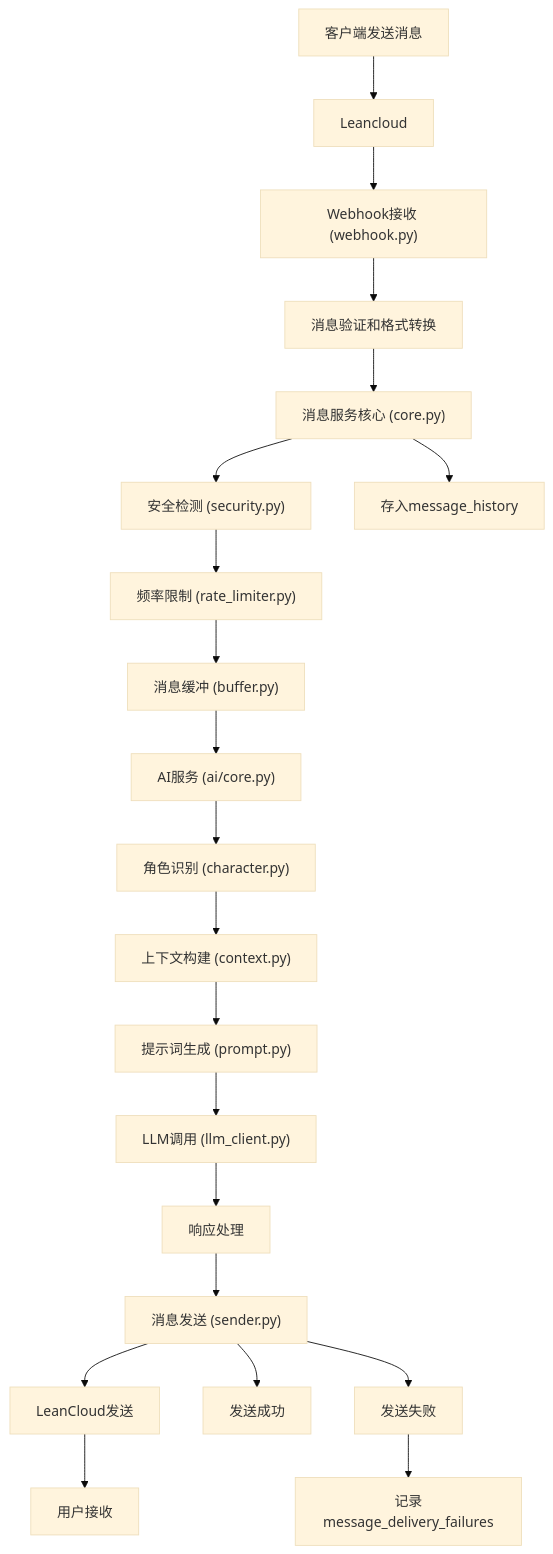
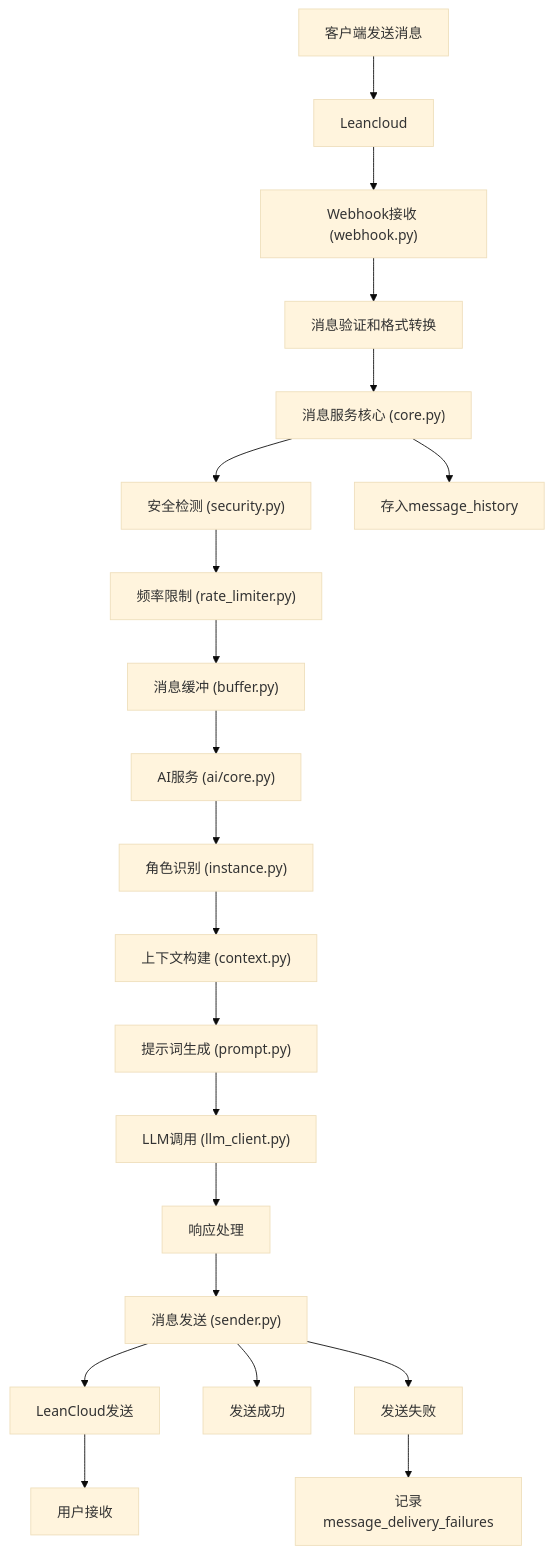
Before and after one commit to Monopink/ailo: the diagram in docs/prototype/message-flow.md, drawn with Mermaid (base theme). The commit also changed other lines of this file and 136 other files, not shown here.

First line of the commit message:
Rename AI character to AI instance

````diff
--- a/docs/prototype/message-flow.md
+++ b/docs/prototype/message-flow.md
@@ -71,23 +71,23 @@
 ```mermaid
 flowchart TB
     n1["客户端发送消息"] --> n2["Leancloud"]
     n2 --> n3["Webhook接收 (webhook.py)"]
     n3 --> n4["消息验证和格式转换"]
     n4 --> n5["消息服务核心 (core.py)"]
     n5 --> n6["安全检测 (security.py)"]
     n6 --> n7["频率限制 (rate_limiter.py)"]
     n7 --> n8["消息缓冲 (buffer.py)"]
     n8 --> n9["AI服务 (ai/core.py)"]
-    n9 --> n10["角色识别 (character.py)"]
+    n9 --> n10["角色识别 (instance.py)"]
     n10 --> n11["上下文构建 (context.py)"]
     n11 --> n12["提示词生成 (prompt.py)"]
     n12 --> n13["LLM调用 (llm_client.py)"]
     n13 --> n14["响应处理"]
     n14 --> n15["消息发送 (sender.py)"]
     n15 --> n16["LeanCloud发送"]
     n16 --> n17["用户接收"]
 
     n5 --> n18["存入message_history"]
     n15 --> n19["发送成功"] & n20["发送失败"]
     n20 --> n21["记录message_delivery_failures"]
 ```
````
